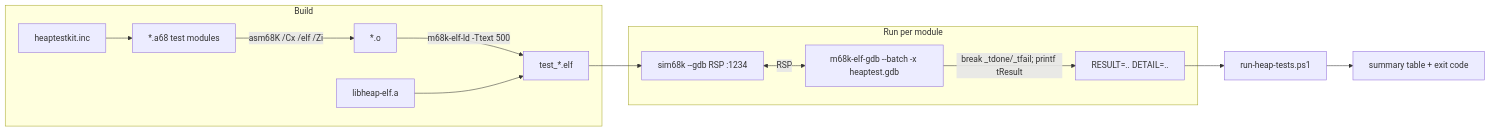
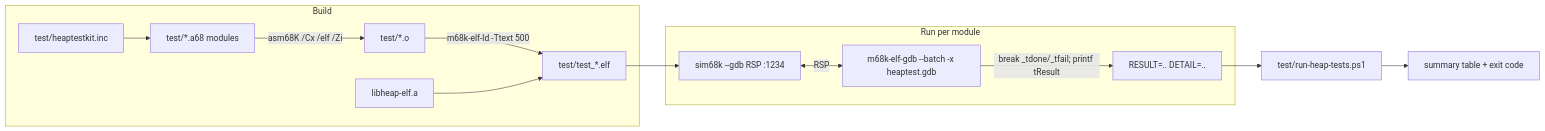
Before and after one commit to dougdu/heap68k: the diagram in docs/HEAP_TEST_SUITE_DESIGN.md, drawn with Mermaid. The commit also changed other lines of this file and 20 other files, not shown here.

First line of the commit message:
Relocate heap tests into test directory

````diff
--- a/docs/HEAP_TEST_SUITE_DESIGN.md
+++ b/docs/HEAP_TEST_SUITE_DESIGN.md
@@ -156,16 +159,16 @@
 ```mermaid
 flowchart LR
     subgraph Build
-        A[*.a68 test modules] -->|asm68K /Cx /elf /Zi| B[*.o]
-        K[heaptestkit.inc] --> A
-        B -->|m68k-elf-ld -Ttext 500| C[test_*.elf]
+        A[test/*.a68 modules] -->|asm68K /Cx /elf /Zi| B[test/*.o]
+        K[test/heaptestkit.inc] --> A
+        B -->|m68k-elf-ld -Ttext 500| C[test/test_*.elf]
         L[libheap-elf.a] --> C
     end
     subgraph Run per module
         C --> D[sim68k --gdb  RSP :1234]
         D <-->|RSP| E[m68k-elf-gdb --batch -x heaptest.gdb]
         E -->|break _tdone/_tfail; printf tResult| F[RESULT=.. DETAIL=..]
     end
-    F --> G[run-heap-tests.ps1]
+    F --> G[test/run-heap-tests.ps1]
     G --> H[summary table + exit code]
 ```
````
